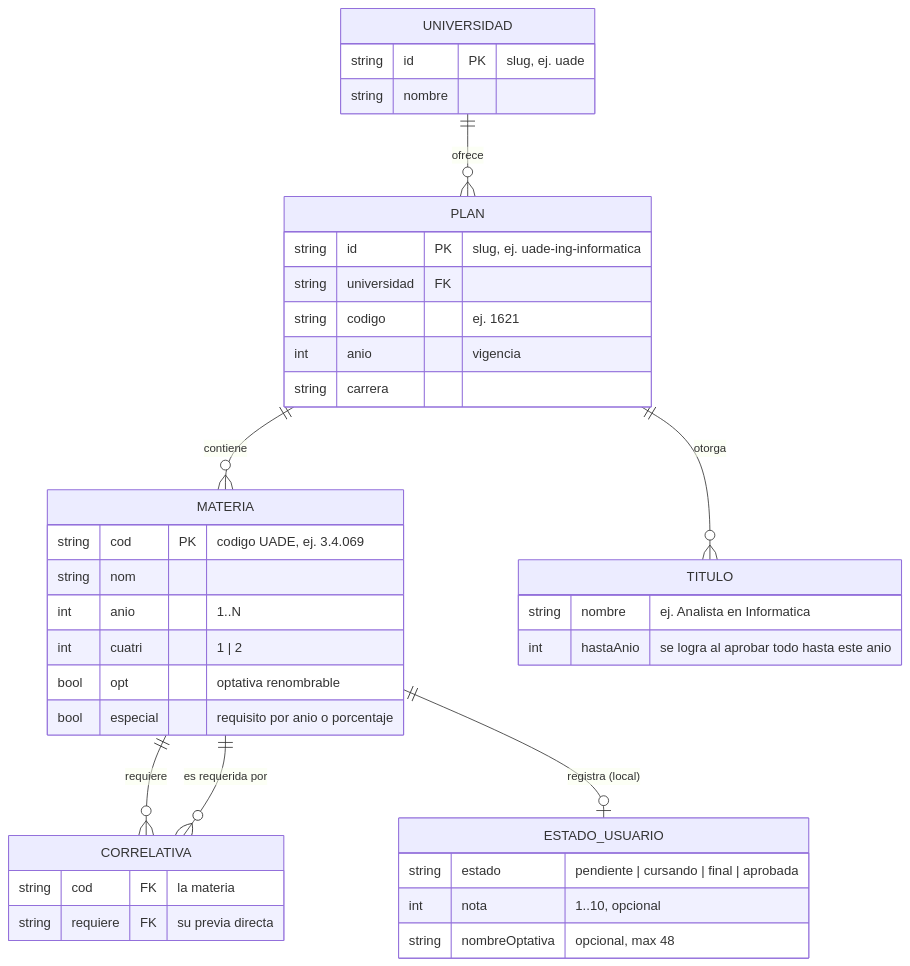
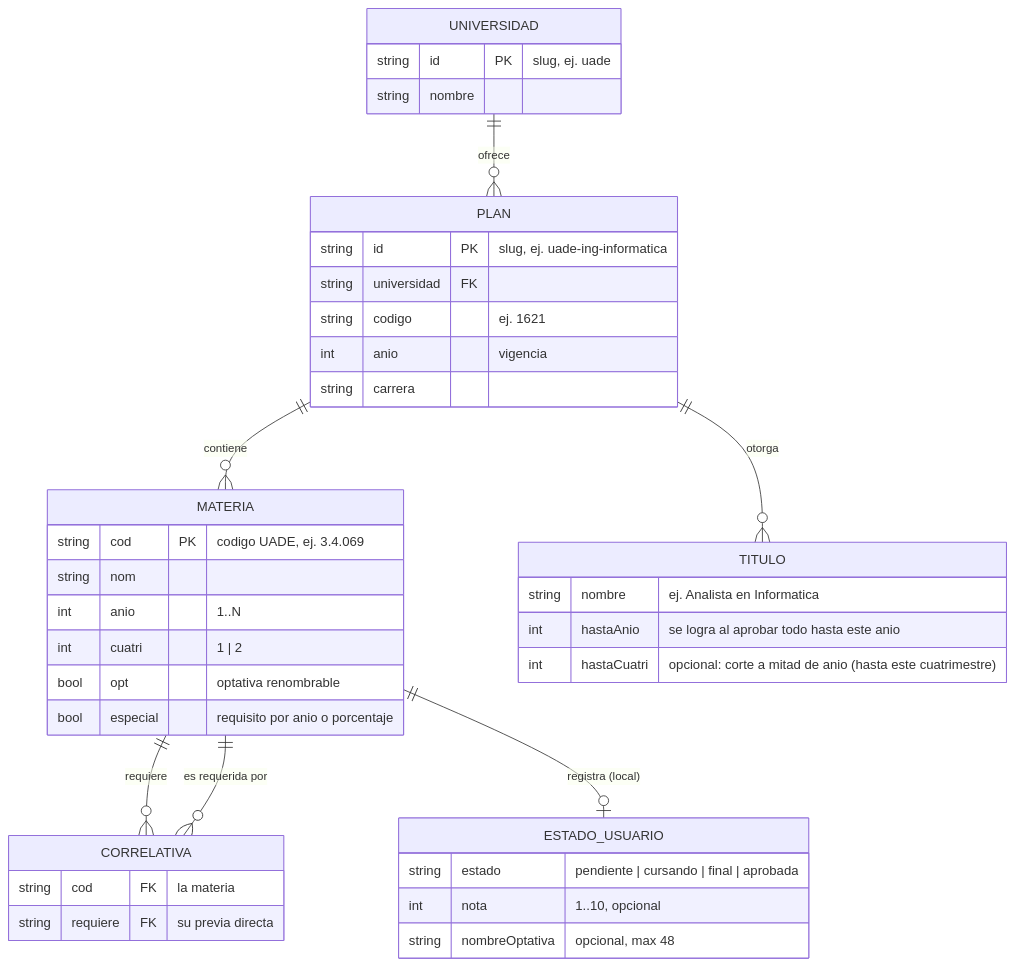
One commit to luzzaragoza/cuanto-me-falta changed the second of 4 diagrams in docs/04-arquitectura.md. Above: the diagram before and after it, drawn with Mermaid. The commit also changed other lines of this file and 19 other files, not shown here.

````diff
--- a/docs/04-arquitectura.md
+++ b/docs/04-arquitectura.md
@@ -97,43 +97,44 @@
 ```mermaid
 %% svg:der
 erDiagram
     UNIVERSIDAD ||--o{ PLAN : ofrece
     PLAN ||--o{ MATERIA : contiene
     PLAN ||--o{ TITULO : otorga
     MATERIA ||--o{ CORRELATIVA : requiere
     MATERIA ||--o{ CORRELATIVA : "es requerida por"
     MATERIA ||--o| ESTADO_USUARIO : "registra (local)"
 
     UNIVERSIDAD {
         string id PK "slug, ej. uade"
         string nombre
     }
     PLAN {
         string id PK "slug, ej. uade-ing-informatica"
         string universidad FK
         string codigo "ej. 1621"
         int anio "vigencia"
         string carrera
     }
     MATERIA {
         string cod PK "codigo UADE, ej. 3.4.069"
         string nom
         int anio "1..N"
         int cuatri "1 | 2"
         bool opt "optativa renombrable"
         bool especial "requisito por anio o porcentaje"
     }
     CORRELATIVA {
         string cod FK "la materia"
         string requiere FK "su previa directa"
     }
     TITULO {
         string nombre "ej. Analista en Informatica"
         int hastaAnio "se logra al aprobar todo hasta este anio"
+        int hastaCuatri "opcional: corte a mitad de anio (hasta este cuatrimestre)"
     }
     ESTADO_USUARIO {
         string estado "pendiente | cursando | final | aprobada"
         int nota "1..10, opcional"
         string nombreOptativa "opcional, max 48"
     }
 ```
````
